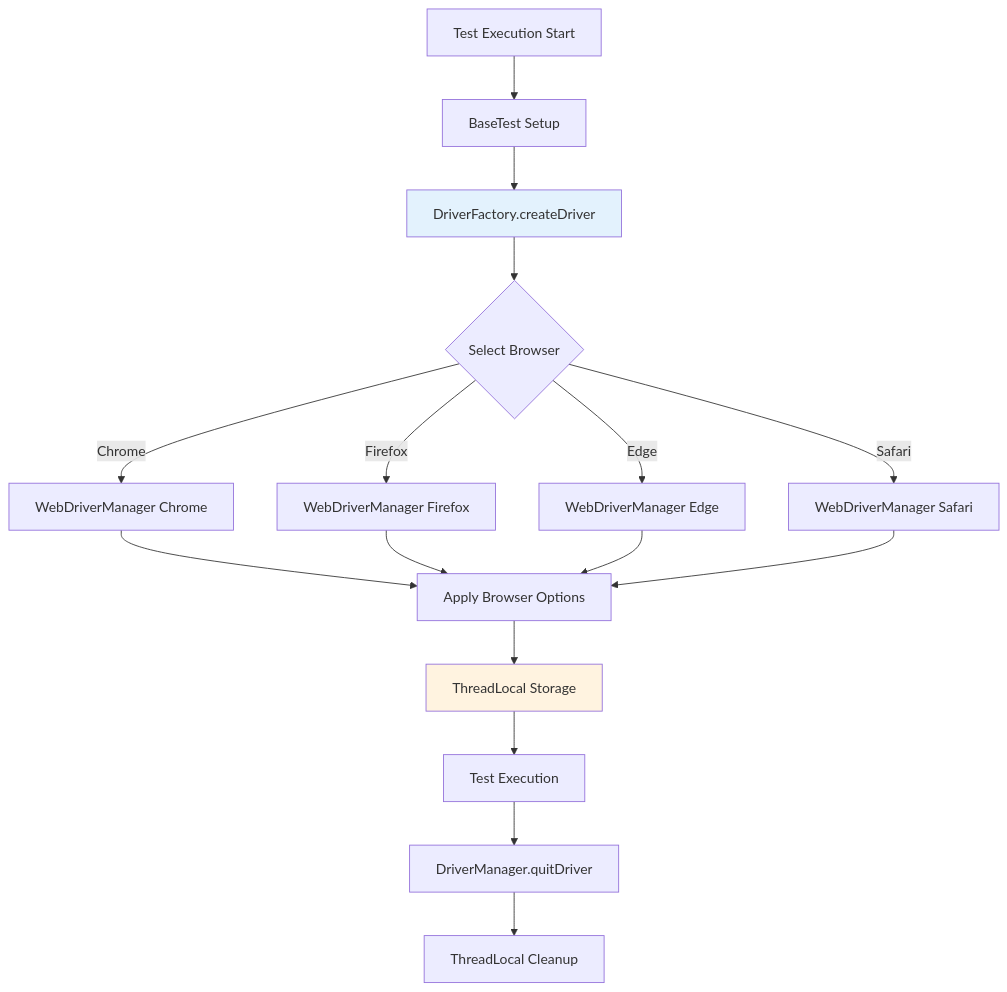
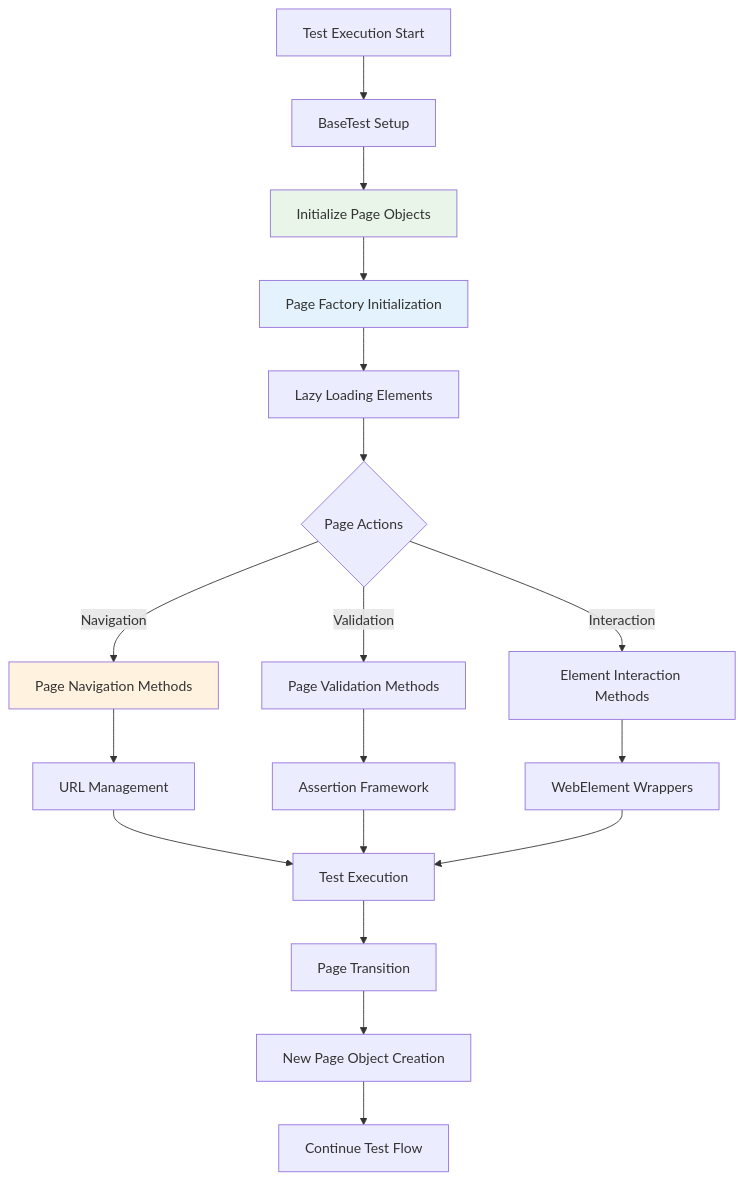
One commit to Anuj-Patiyal/hybrid-framework changed the third of 12 diagrams in README.md. Above: the diagram before and after it, drawn with Mermaid. The commit also changed other lines of this file and 8 other files, not shown here.

First line of the commit message:
🎯 [RELEASE] 🚀 v0.6.0 - Page Object Model Release (#33)

````diff
--- a/README.md
+++ b/README.md
@@ -110,24 +116,28 @@
 ```mermaid
 flowchart TD
     A[Test Execution Start] --> B[BaseTest Setup]
-    B --> C[DriverFactory.createDriver]
-    C --> D{Select Browser}
+    B --> C[Initialize Page Objects]
+    C --> D[Page Factory Initialization]
+    D --> E[Lazy Loading Elements]
     
-    D -->|Chrome| E[WebDriverManager Chrome]
-    D -->|Firefox| F[WebDriverManager Firefox]
-    D -->|Edge| G[WebDriverManager Edge]
-    D -->|Safari| H[WebDriverManager Safari]
+    E --> F{Page Actions}
+    F -->|Navigation| G[Page Navigation Methods]
+    F -->|Validation| H[Page Validation Methods]
+    F -->|Interaction| I[Element Interaction Methods]
     
-    E --> I[Apply Browser Options]
-    F --> I
-    G --> I
-    H --> I
+    G --> J[URL Management]
+    H --> K[Assertion Framework]
+    I --> L[WebElement Wrappers]
     
-    I --> J[ThreadLocal Storage]
-    J --> K[Test Execution]
-    K --> L[DriverManager.quitDriver]
-    L --> M[ThreadLocal Cleanup]
+    J --> M[Test Execution]
+    K --> M
+    L --> M
     
-    style C fill:#e3f2fd
-    style J fill:#fff3e0
+    M --> N[Page Transition]
+    N --> O[New Page Object Creation]
+    O --> P[Continue Test Flow]
+    
+    style C fill:#e8f5e8
+    style D fill:#e3f2fd
+    style G fill:#fff3e0
 ```
````
